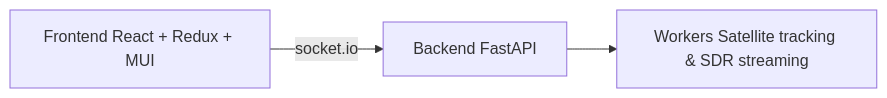
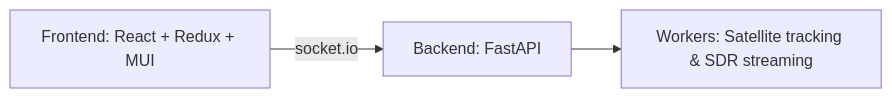
One commit to OneByJorah/GroundStation changed the diagram in README.md. Above: the diagram before and after it, drawn with Mermaid. The commit also changed other lines of this file and 1 other file, not shown here.

````diff
--- a/README.md
+++ b/README.md
@@ -11,5 +20,5 @@
 ```mermaid
 flowchart LR
-  A[Frontend React + Redux + MUI] -->|socket.io| B[Backend FastAPI]
-  B --> C[Workers Satellite tracking & SDR streaming]
+  A[Frontend: React + Redux + MUI] -->|socket.io| B[Backend: FastAPI]
+  B --> C[Workers: Satellite tracking & SDR streaming]
 ```
````
